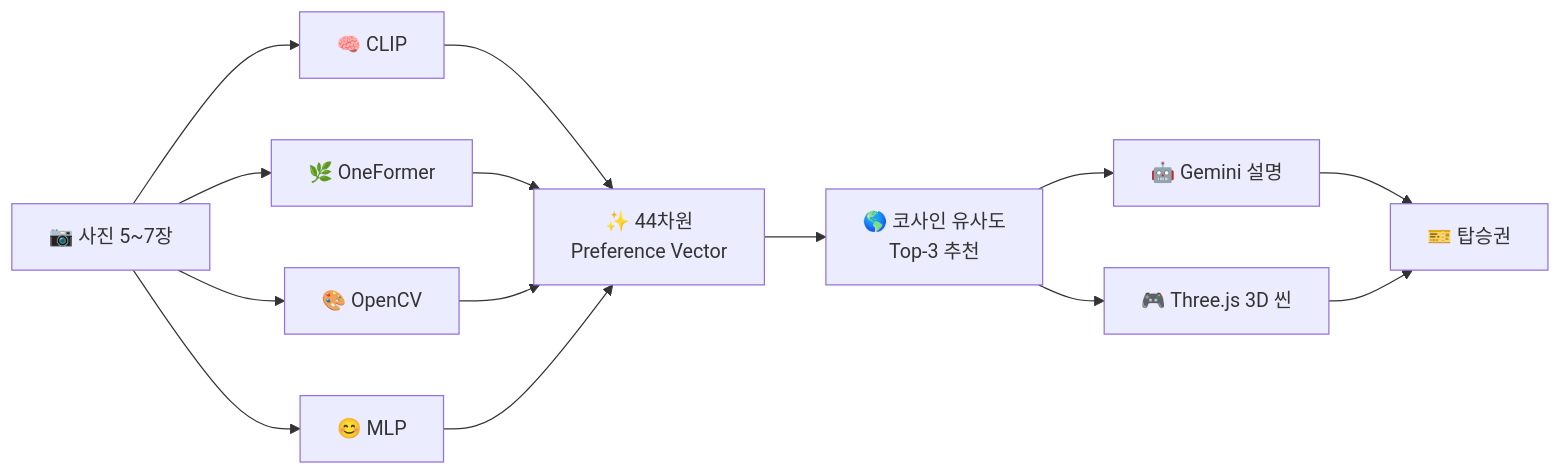
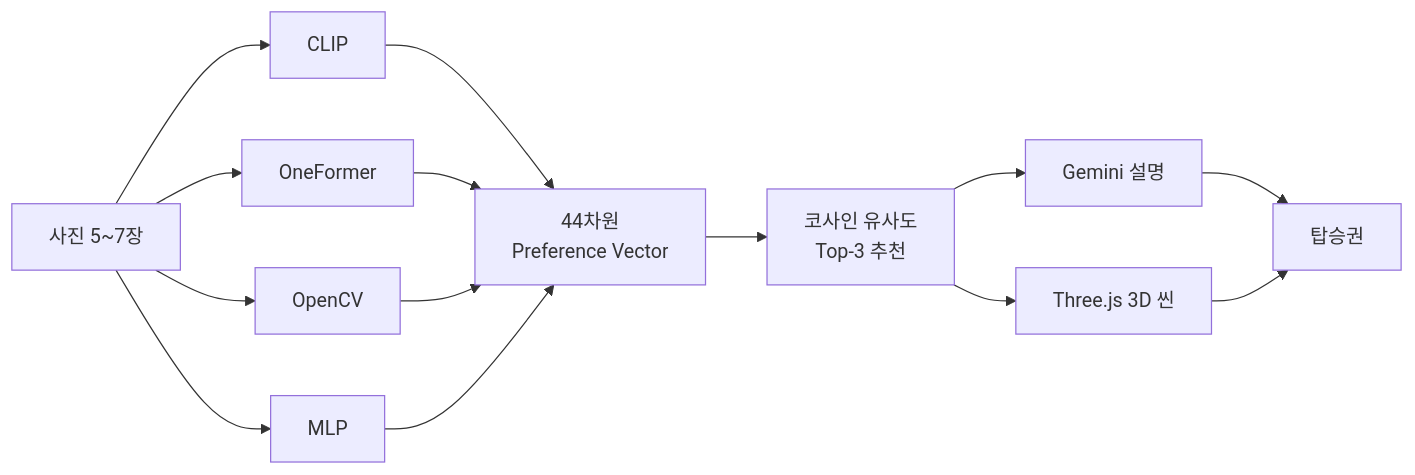
One commit to ysnni2/PhotoTrip changed the diagram in README.md. Above: the diagram before and after it, drawn with Mermaid. The commit also changed other lines of this file, not shown here.

````diff
--- a/README.md
+++ b/README.md
@@ -71,8 +71,8 @@
 ```mermaid
 flowchart LR
-    A["📷 사진 5~7장"] --> B1["🧠 CLIP"] & B2["🌿 OneFormer"] & B3["🎨 OpenCV"] & B4["😊 MLP"]
-    B1 & B2 & B3 & B4 --> C["✨ 44차원<br/>Preference Vector"]
-    C --> D["🌎 코사인 유사도<br/>Top-3 추천"]
-    D --> E["🤖 Gemini 설명"] & F["🎮 Three.js 3D 씬"]
-    E & F --> G["🎫 탑승권"]
+    A["사진 5~7장"] --> B1["CLIP"] & B2["OneFormer"] & B3["OpenCV"] & B4["MLP"]
+    B1 & B2 & B3 & B4 --> C[" 44차원<br/>Preference Vector"]
+    C --> D["코사인 유사도<br/>Top-3 추천"]
+    D --> E["Gemini 설명"] & F["Three.js 3D 씬"]
+    E & F --> G["탑승권"]
 ```
````
